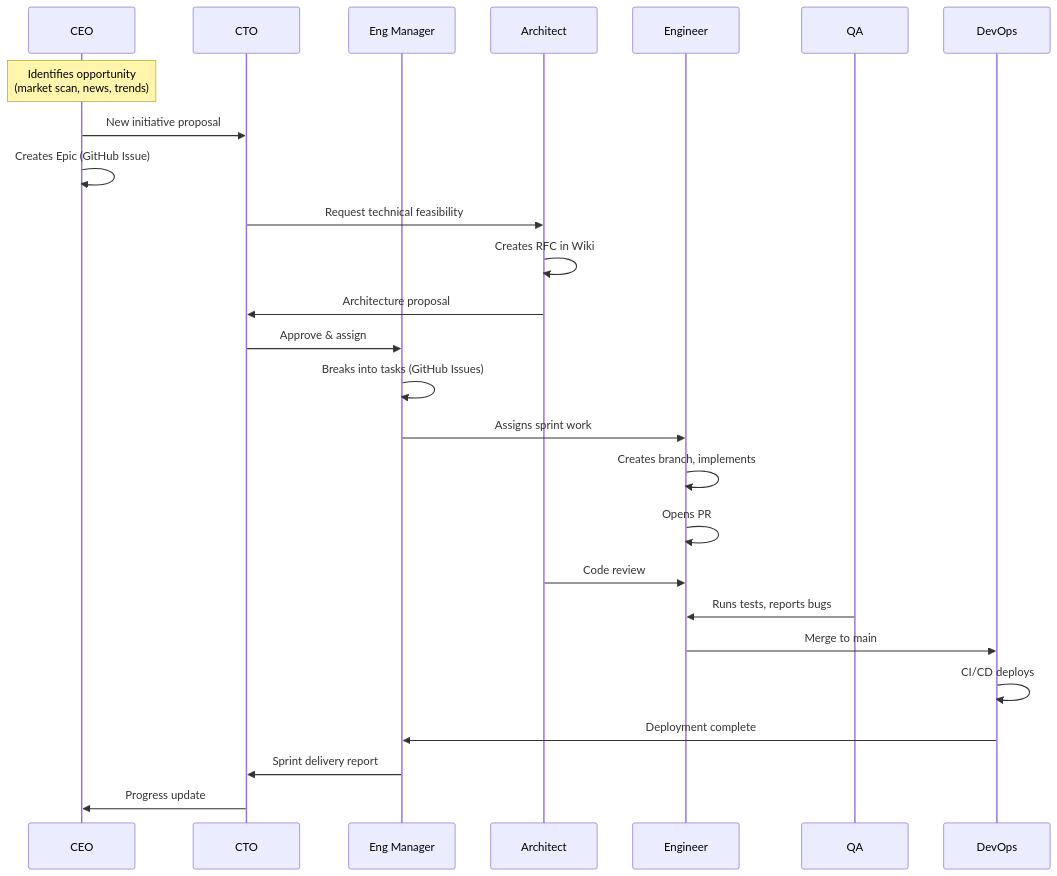
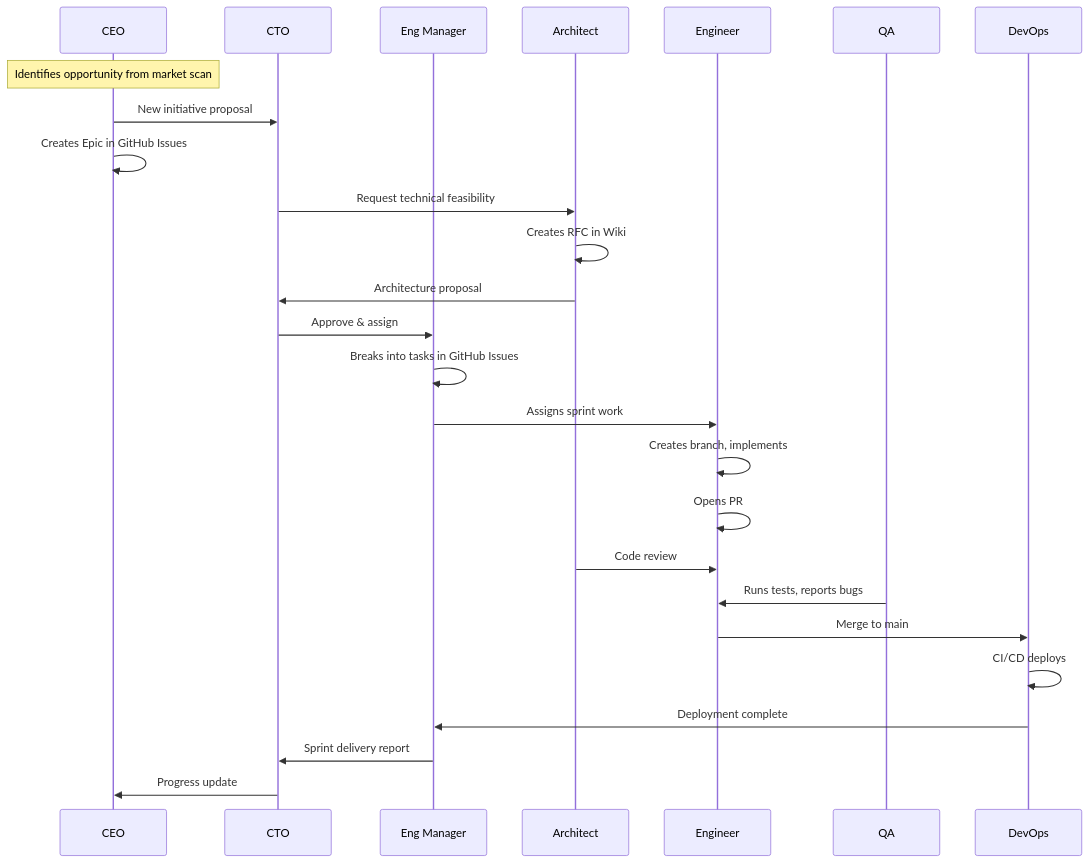
The fifth of 11 diagrams in plan.md (subzone/my-it-crew), drawn with Mermaid before and after one commit. The commit also changed other lines of this file, not shown here.

Commit message:
fix: resolve Mermaid parse errors — use quoted labels instead of angle brackets and parentheses

````diff
--- a/plan.md
+++ b/plan.md
@@ -253,36 +253,36 @@
 ```mermaid
 sequenceDiagram
     participant CEO
     participant CTO
     participant EM as Eng Manager
     participant ARCH as Architect
     participant ENG as Engineer
     participant QA
     participant DEVOPS as DevOps
     
-    Note over CEO: Identifies opportunity<br/>(market scan, news, trends)
+    Note over CEO: Identifies opportunity from market scan
     
     CEO->>CTO: New initiative proposal
-    CEO->>CEO: Creates Epic (GitHub Issue)
+    CEO->>CEO: Creates Epic in GitHub Issues
     
     CTO->>ARCH: Request technical feasibility
     ARCH->>ARCH: Creates RFC in Wiki
     ARCH->>CTO: Architecture proposal
     
     CTO->>EM: Approve & assign
-    EM->>EM: Breaks into tasks (GitHub Issues)
+    EM->>EM: Breaks into tasks in GitHub Issues
     EM->>ENG: Assigns sprint work
     
     ENG->>ENG: Creates branch, implements
     ENG->>ENG: Opens PR
     
     ARCH->>ENG: Code review
     QA->>ENG: Runs tests, reports bugs
     
     ENG->>DEVOPS: Merge to main
     DEVOPS->>DEVOPS: CI/CD deploys
     DEVOPS->>EM: Deployment complete
     
     EM->>CTO: Sprint delivery report
     CTO->>CEO: Progress update
 ```
````
